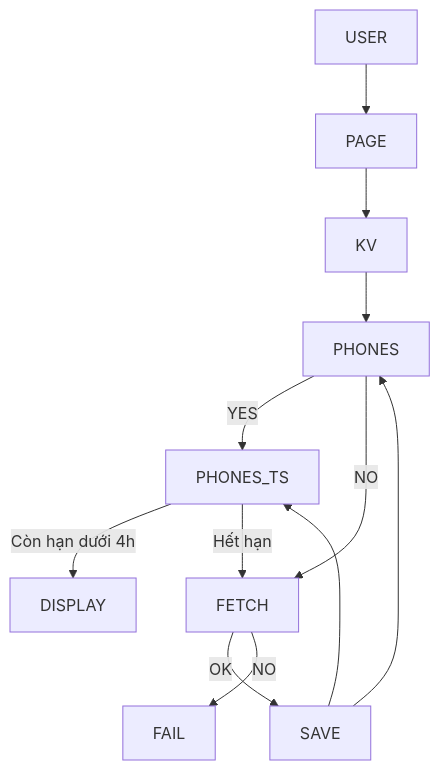
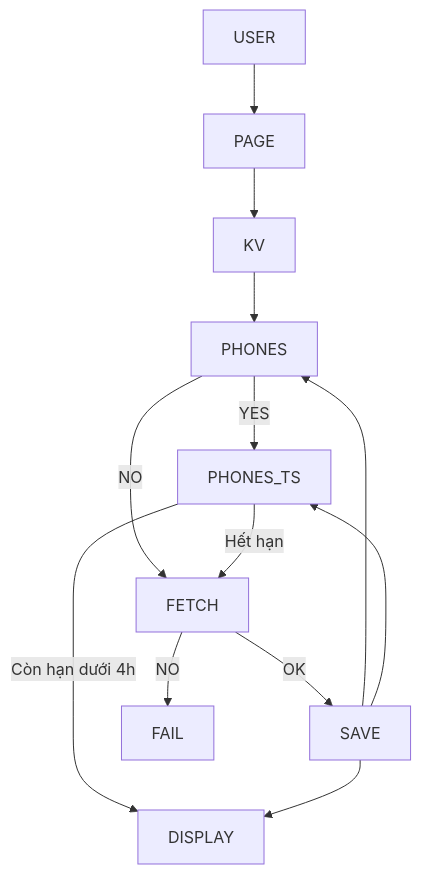
Before and after one commit to rungkhoai/cf-worker-call-redirect-docs: the diagram in README.md, drawn with Mermaid.

````diff
--- a/README.md
+++ b/README.md
@@ -3,14 +3,15 @@
 ```mermaid
 flowchart TD
 USER --> PAGE --> KV --> PHONES --> |YES| PHONES_TS --> |"Còn hạn dưới 4h"| DISPLAY
 
 PHONES -->|NO| FETCH --> |OK| SAVE
 
 PHONES_TS --> |"Hết hạn"| FETCH
 
 FETCH --> |NO| FAIL
 
 SAVE --> PHONES
 SAVE --> PHONES_TS
+SAVE --> DISPLAY
 
 ```
````
